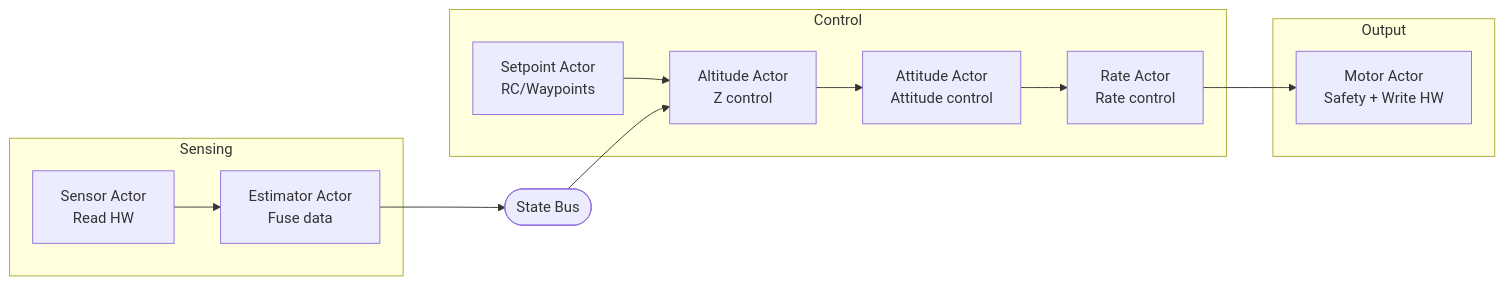
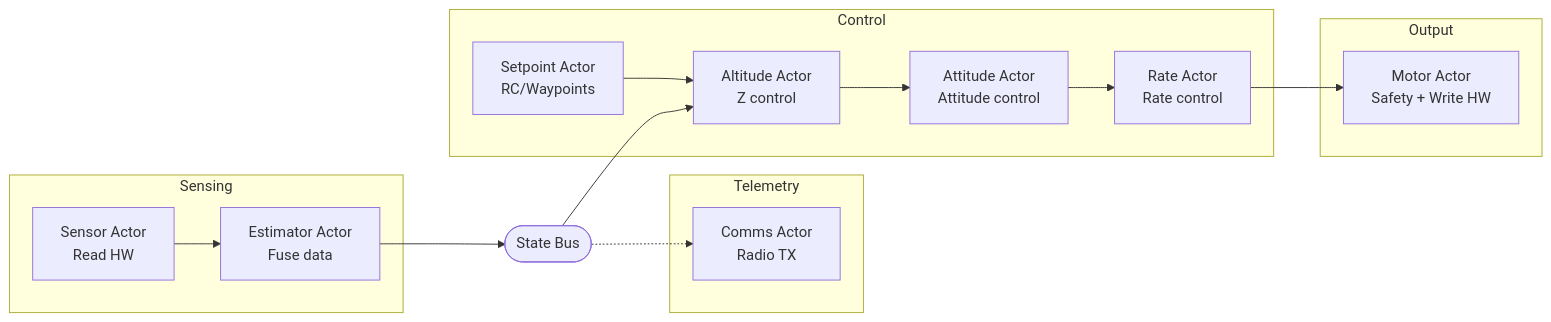
The third of 3 diagrams in examples/pilot/SPEC.md (joagre/hive), drawn with Mermaid before and after one commit. The commit also changed other lines of this file and 1 other file, not shown here.

First line of the commit message:
Add comms actor to architecture diagrams

````diff
--- a/examples/pilot/SPEC.md
+++ b/examples/pilot/SPEC.md
@@ -611,22 +625,27 @@
 ```mermaid
 graph LR
     subgraph Sensing
         Sensor[Sensor Actor<br/>Read HW]
         Estimator[Estimator Actor<br/>Fuse data]
     end
 
     subgraph Control
         Setpoint[Setpoint Actor<br/>RC/Waypoints]
         Altitude[Altitude Actor<br/>Z control]
         Attitude[Attitude Actor<br/>Attitude control]
         Rate[Rate Actor<br/>Rate control]
     end
 
     subgraph Output
         Motor[Motor Actor<br/>Safety + Write HW]
     end
 
+    subgraph Telemetry
+        Comms[Comms Actor<br/>Radio TX]
+    end
+
     Sensor --> Estimator --> StateBus([State Bus])
     Setpoint --> Altitude
     StateBus --> Altitude --> Attitude --> Rate --> Motor
+    StateBus -.-> Comms
 ```
````
